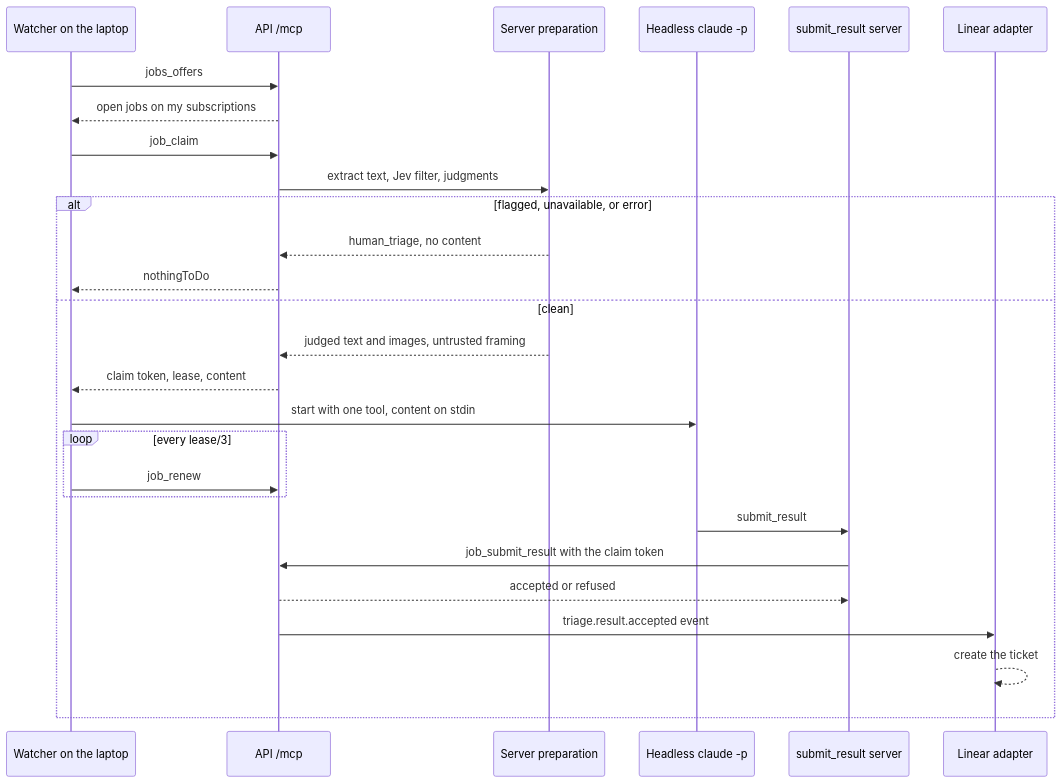
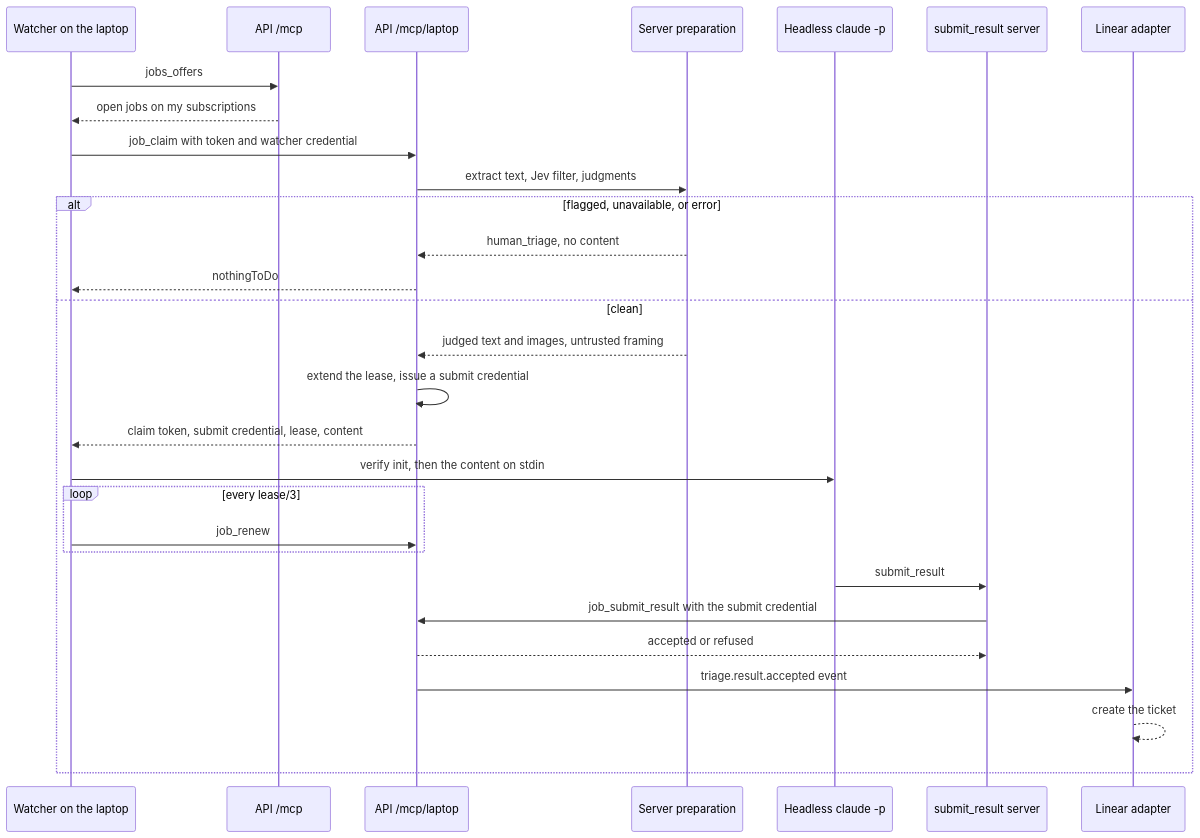
Before and after one commit to pressw-llc/pw-customer-support: the third of 3 diagrams in README.md, drawn with Mermaid. The commit also changed other lines of this file and 9 other files, not shown here.

````diff
--- a/README.md
+++ b/README.md
@@ -450,29 +444,31 @@
 ```mermaid
 sequenceDiagram
     participant W as Watcher on the laptop
     participant M as API /mcp
+    participant X as API /mcp/laptop
     participant P as Server preparation
     participant H as Headless claude -p
     participant S as submit_result server
     participant L as Linear adapter
     W->>M: jobs_offers
     M-->>W: open jobs on my subscriptions
-    W->>M: job_claim
-    M->>P: extract text, Jev filter, judgments
+    W->>X: job_claim with token and watcher credential
+    X->>P: extract text, Jev filter, judgments
     alt flagged, unavailable, or error
-        P-->>M: human_triage, no content
-        M-->>W: nothingToDo
+        P-->>X: human_triage, no content
+        X-->>W: nothingToDo
     else clean
-        P-->>M: judged text and images, untrusted framing
-        M-->>W: claim token, lease, content
-        W->>H: start with one tool, content on stdin
+        P-->>X: judged text and images, untrusted framing
+        X->>X: extend the lease, issue a submit credential
+        X-->>W: claim token, submit credential, lease, content
+        W->>H: verify init, then the content on stdin
         loop every lease/3
-            W->>M: job_renew
+            W->>X: job_renew
         end
         H->>S: submit_result
-        S->>M: job_submit_result with the claim token
-        M-->>S: accepted or refused
-        M->>L: triage.result.accepted event
+        S->>X: job_submit_result with the submit credential
+        X-->>S: accepted or refused
+        X->>L: triage.result.accepted event
         L-->>L: create the ticket
     end
 ```
````
